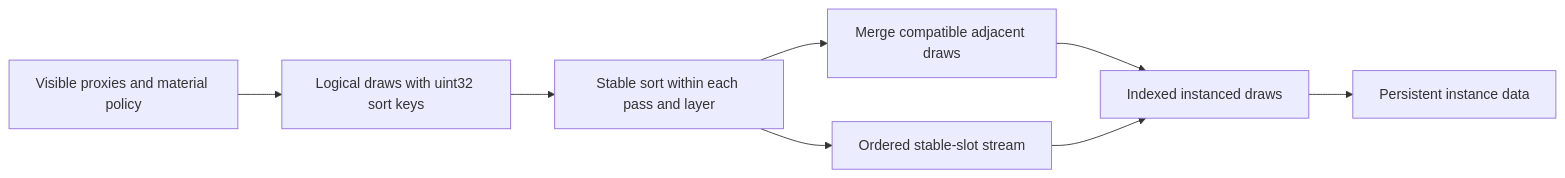
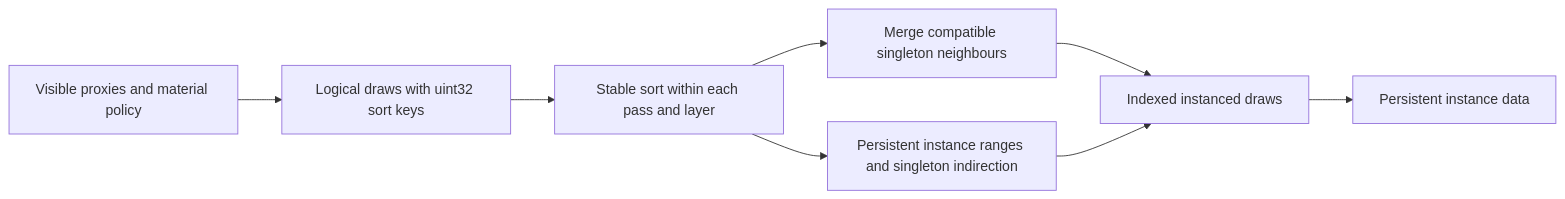
The diagram in docs/instanced-rendering.md (HolyCaonima/whimsical), drawn with Mermaid before and after one commit. The commit also changed other lines of this file and 20 other files, not shown here.

````diff
--- a/docs/instanced-rendering.md
+++ b/docs/instanced-rendering.md
@@ -8,10 +37,10 @@
 ```mermaid
 flowchart LR
     A[Visible proxies and material policy] --> B[Logical draws with uint32 sort keys]
     B --> C[Stable sort within each pass and layer]
-    C --> D[Merge compatible adjacent draws]
+    C --> D[Merge compatible singleton neighbours]
     D --> E[Indexed instanced draws]
-    C --> F[Ordered stable-slot stream]
+    C --> F[Persistent instance ranges and singleton indirection]
     F --> E
     E --> G[Persistent instance data]
 ```
````
